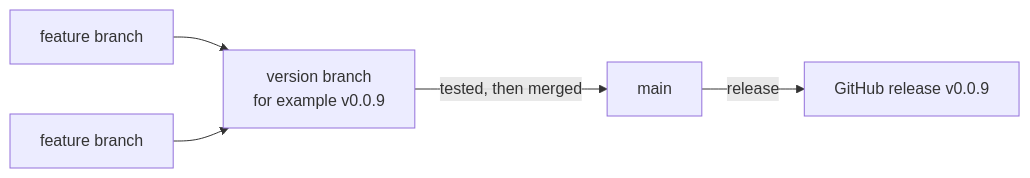
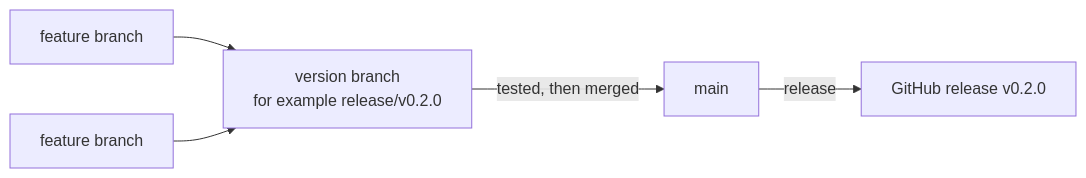
Before and after one commit to VoltageSolutions/GameControllerForZwift: the diagram in docs/build/contributing.md, drawn with Mermaid. The commit also changed other lines of this file and 25 other files, not shown here.

````diff
--- a/docs/build/contributing.md
+++ b/docs/build/contributing.md
@@ -16,7 +16,7 @@
 ```mermaid
 flowchart LR
-    f1["feature branch"] --> v["version branch<br/>for example v0.0.9"]
+    f1["feature branch"] --> v["version branch<br/>for example release/v0.2.0"]
     f2["feature branch"] --> v
     v -->|"tested, then merged"| m["main"]
-    m -->|"release"| r["GitHub release v0.0.9"]
+    m -->|"release"| r["GitHub release v0.2.0"]
 ```
````
